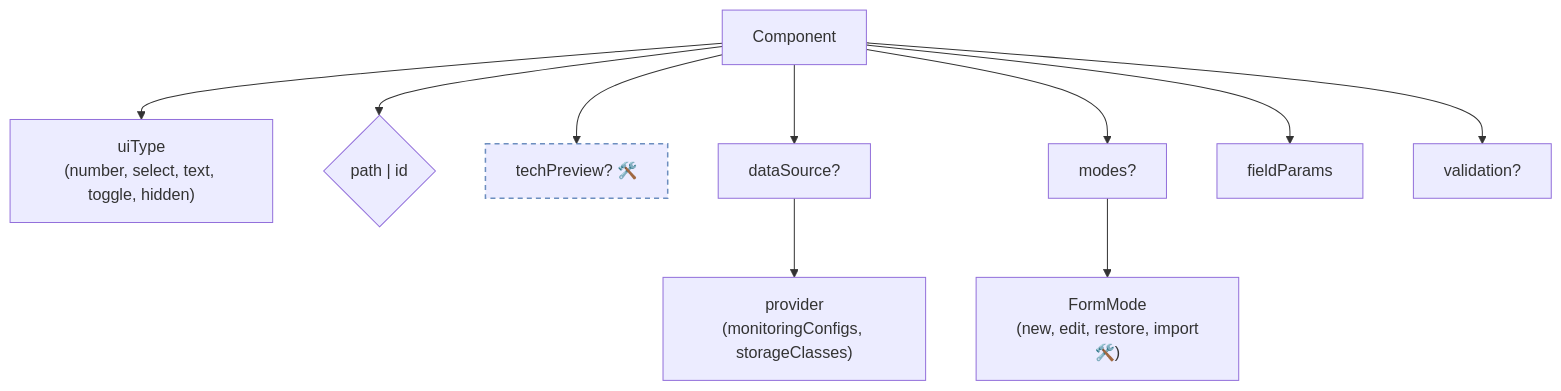
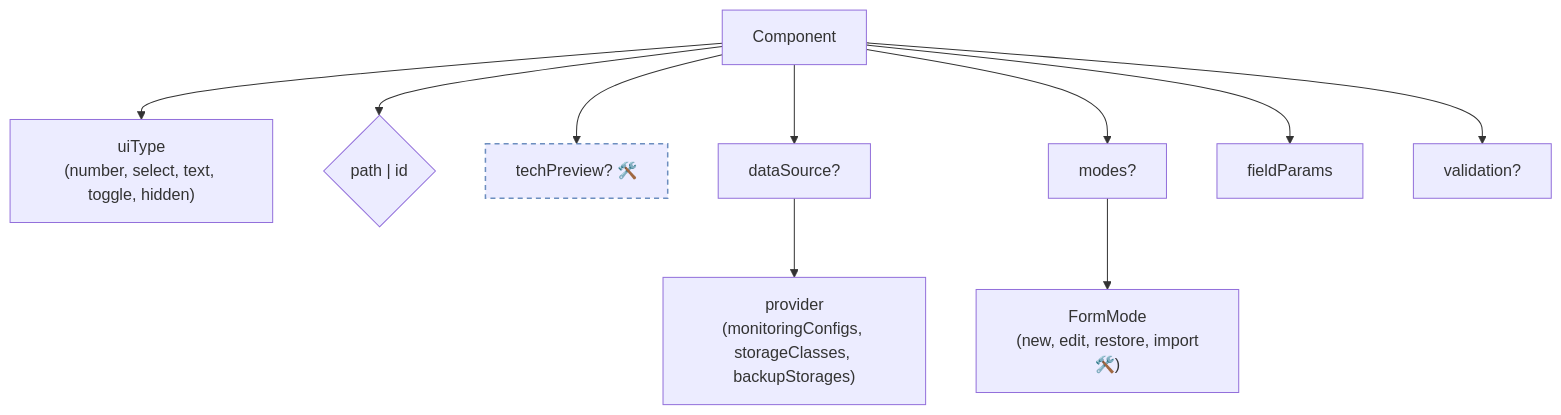
One commit to openeverest/openeverest changed the third of 6 diagrams in docs/ui/architecture/ui-generator/schema-reference.md. Above: the diagram before and after it, drawn with Mermaid. The commit also changed other lines of this file and 10 other files, not shown here.

First line of the commit message:
feat(ui): backupStorages data source for the UI generator

````diff
--- a/docs/ui/architecture/ui-generator/schema-reference.md
+++ b/docs/ui/architecture/ui-generator/schema-reference.md
@@ -50,15 +50,15 @@
 ```mermaid
 flowchart TD
   CMP["Component"] --> UT["uiType<br/>(number, select, text, toggle, hidden)"]
   CMP --> PID{"path | id"}
   CMP --> TP2["techPreview? 🛠️"]
   CMP --> DS2["dataSource?"]
-  DS2 --> PROVIDER["provider<br/>(monitoringConfigs, storageClasses)"]
+  DS2 --> PROVIDER["provider<br/>(monitoringConfigs, storageClasses, backupStorages)"]
   CMP --> MOD2["modes?"]
   MOD2 --> FORM_MODE["FormMode<br/>(new, edit, restore, import🛠️)"]
   CMP --> FP2["fieldParams"]
   CMP --> VAL2["validation?"]
 
   classDef planned stroke-dasharray:5 4,stroke:#6c8ebf,stroke-width:1.5px;
   class TP2 planned;
 ```
````
